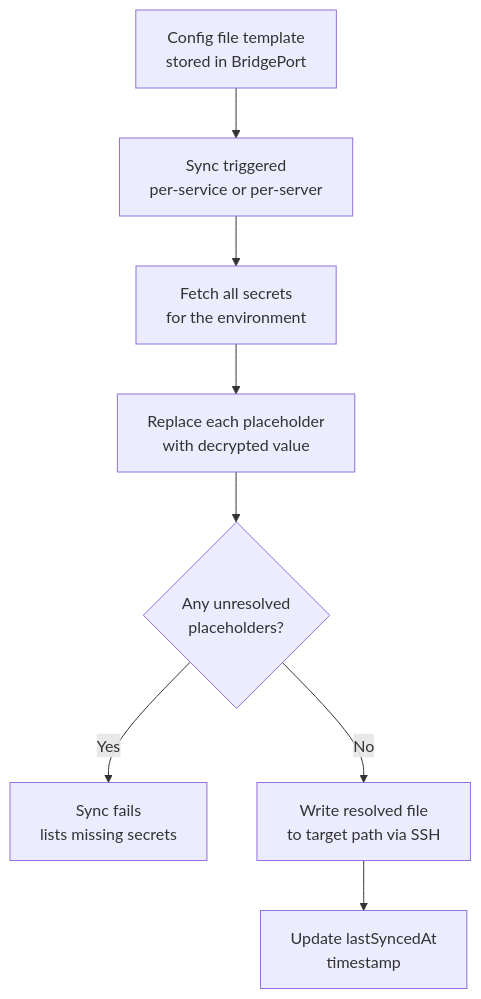
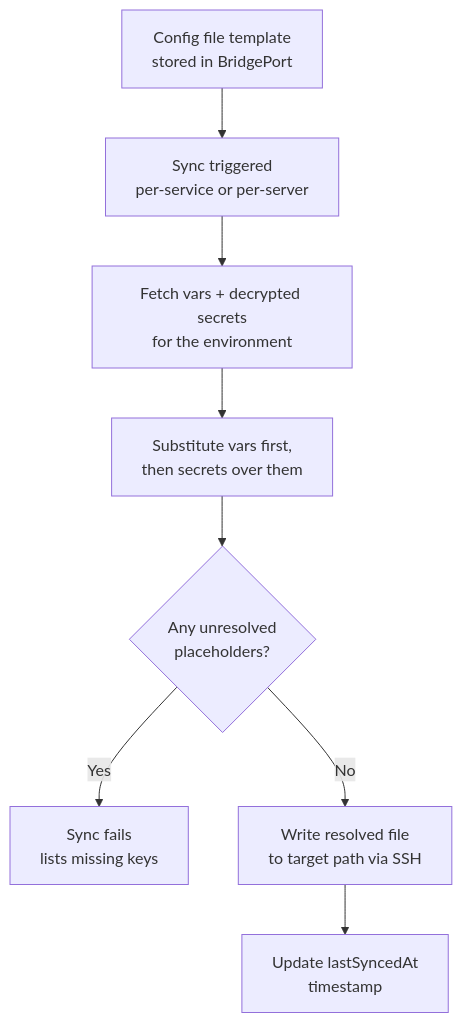
One commit to bridgeinpt/bridgeport changed the second of 2 diagrams in docs/guides/secrets.md. Above: the diagram before and after it, drawn with Mermaid. The commit also changed other lines of this file and 1 other file, not shown here.

Commit message:
Document Vars entity and config file scanner

````diff
--- a/docs/guides/secrets.md
+++ b/docs/guides/secrets.md
@@ -161,10 +221,10 @@
 ```mermaid
 flowchart TD
     A[Config file template<br/>stored in BridgePort] --> B[Sync triggered<br/>per-service or per-server]
-    B --> C[Fetch all secrets<br/>for the environment]
-    C --> D[Replace each placeholder<br/>with decrypted value]
+    B --> C[Fetch vars + decrypted secrets<br/>for the environment]
+    C --> D[Substitute vars first,<br/>then secrets over them]
     D --> E{Any unresolved<br/>placeholders?}
-    E -->|Yes| F[Sync fails<br/>lists missing secrets]
+    E -->|Yes| F[Sync fails<br/>lists missing keys]
     E -->|No| G[Write resolved file<br/>to target path via SSH]
     G --> H[Update lastSyncedAt<br/>timestamp]
 ```
````
